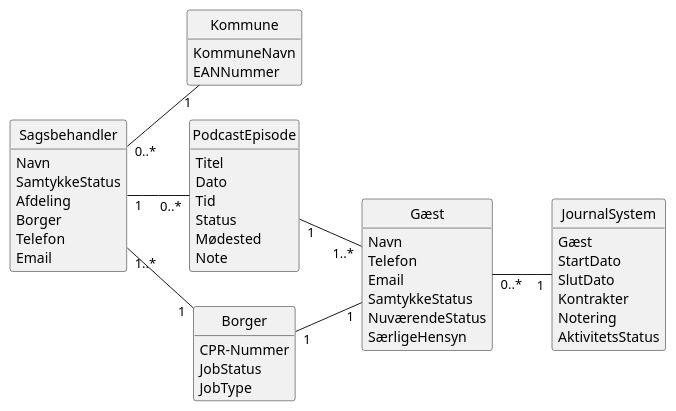
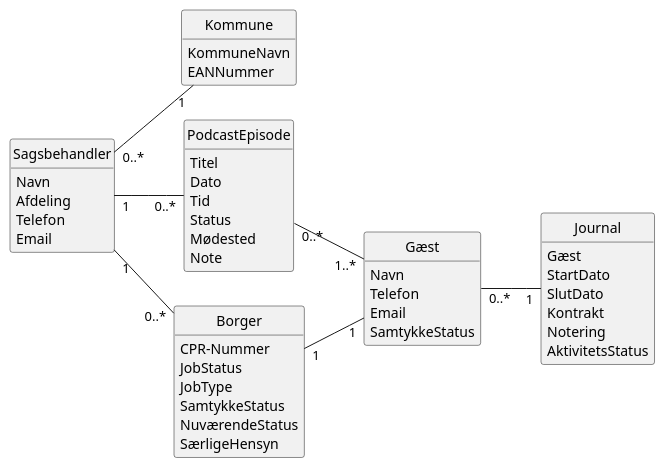
One commit to PeterZimmertoft/Team_Soul_-_Talk-PodcastProgram changed the diagram in Domænemodel.plantuml. Above: the diagram before and after it, drawn with PlantUML. The commit also changed 10 other files, not shown here.

```diff
--- a/Domænemodel.plantuml
+++ b/Domænemodel.plantuml
@@ -1,67 +1,66 @@
 @startuml
 
 
 left to right direction
 
 class Gæst {
     Navn
     Telefon
     Email
     SamtykkeStatus
-    NuværendeStatus
-    SærligeHensyn
+    
 }
 
 
 class Kommune{
     KommuneNavn
     EANNummer
 }
 
 class PodcastEpisode {
     Titel
     Dato
     Tid
     Status
     Mødested 
     Note
 }
 
 
-class JournalSystem{
+class Journal{
     Gæst
     StartDato
     SlutDato
-    Kontrakter
+    Kontrakt
     Notering
     AktivitetsStatus
 }
 
 class Borger {
     CPR-Nummer
     JobStatus
     JobType
-
+    SamtykkeStatus
+    NuværendeStatus
+    SærligeHensyn
 }
 class Sagsbehandler{
     Navn
-    SamtykkeStatus
     Afdeling
-    Borger
     Telefon
     Email
     
 }
 
 
 
-PodcastEpisode "1" -- "1..*" Gæst 
-Gæst "0..*"-- "   1" JournalSystem
+PodcastEpisode "0..*" -- "1..*" Gæst 
+Gæst "0..*"-- "   1" Journal
 Sagsbehandler "1" -- "0..*" PodcastEpisode
 Borger "1" -- "1" Gæst
 Sagsbehandler "0..*" -- "1"Kommune
-Sagsbehandler "1..*" -- "1"Borger
+Sagsbehandler "1" -- "0..*"Borger
 hide circle
 hide methods
 
 @enduml
```
